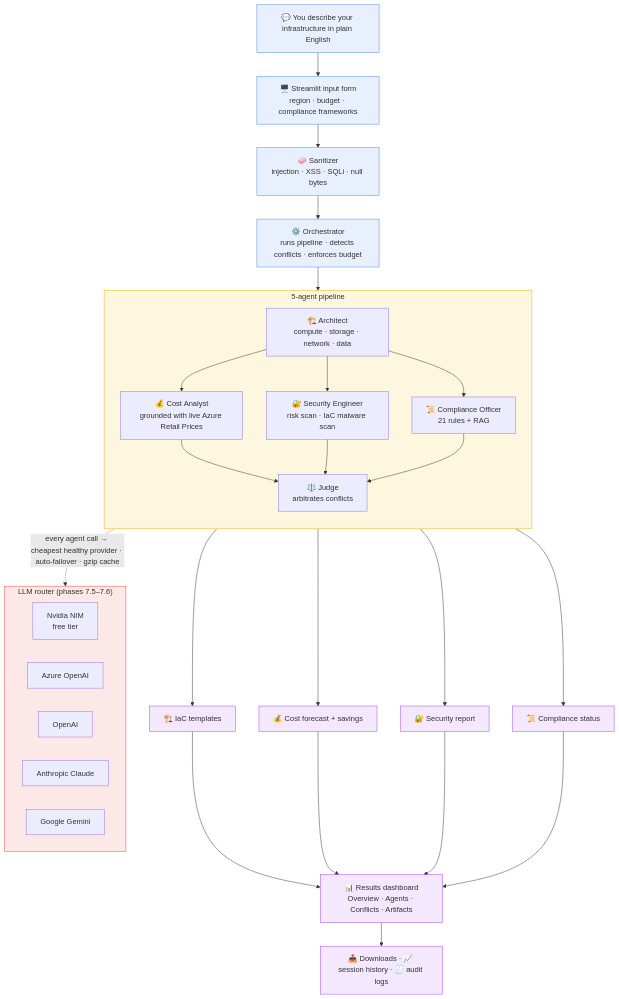
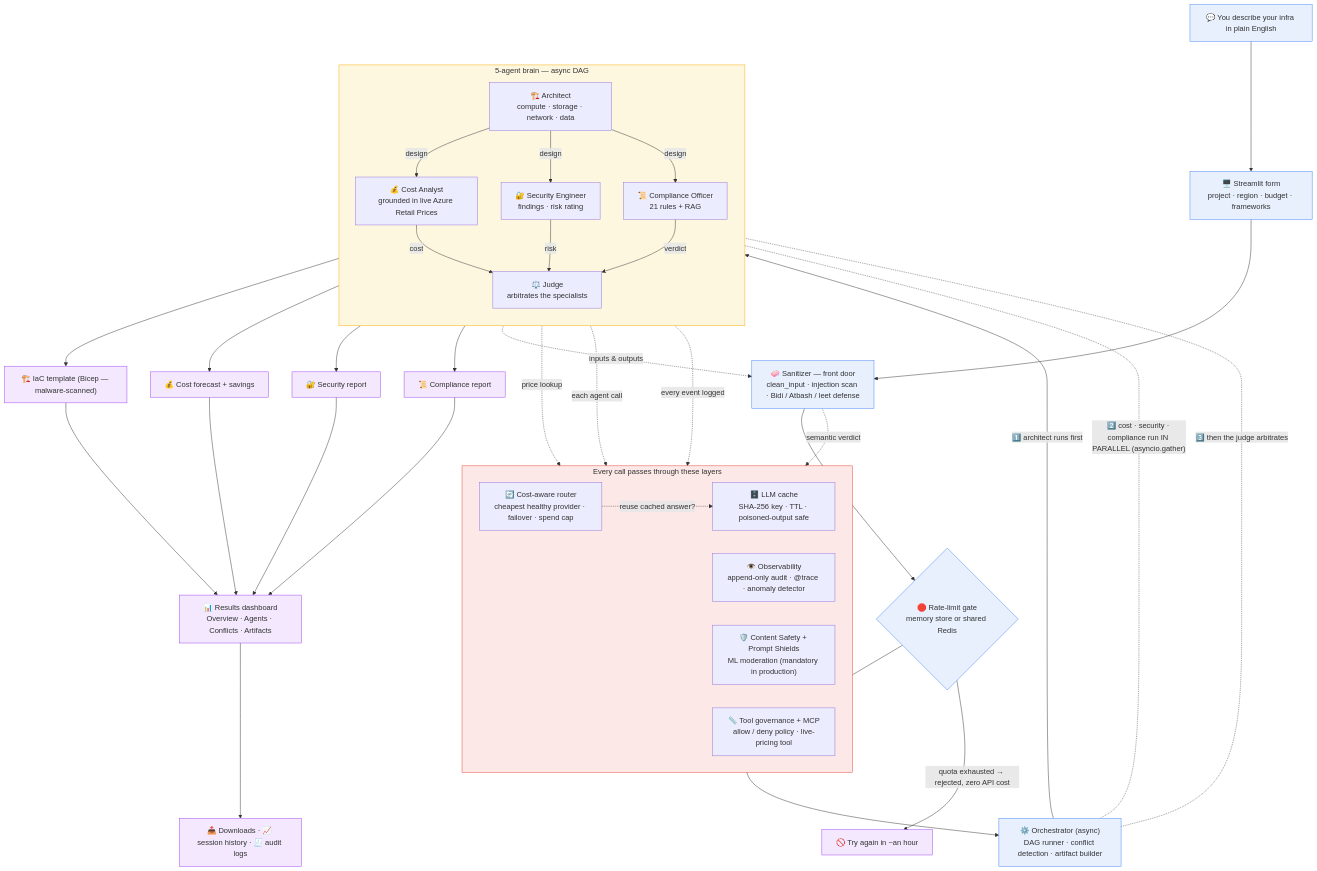
The diagram in README.md (G-Narendra/Microsoft_CloudOptima), drawn with Mermaid before and after one commit. The commit also changed other lines of this file and 37 other files, not shown here.

Commit message:
re-reviewed and upgraded: async pipeline, Redis rate-limit store, AppContext DI, upgraded README + mermaid diagram, gitignore cleanup

````diff
--- a/README.md
+++ b/README.md
@@ -95,55 +148,63 @@
 ```mermaid
 flowchart TD
-    U["💬 You describe your infrastructure in plain English"]
-    F["🖥️ Streamlit input form<br/>region · budget · compliance frameworks"]
-    S["🧼 Sanitizer<br/>injection · XSS · SQLi · null bytes"]
-    O["⚙️ Orchestrator<br/>runs pipeline · detects conflicts · enforces budget"]
+    U["💬 You describe your infra in plain English"]
+    F["🖥️ Streamlit form<br/>project · region · budget · frameworks"]
+    S["🧼 Sanitizer — front door<br/>clean_input · injection scan · Bidi / Atbash / leet defense"]
+    RL{"🛑 Rate-limit gate<br/>memory store or shared Redis"}
+    O["⚙️ Orchestrator (async)<br/>DAG runner · conflict detection · artifact builder"]
 
-    U --> F --> S --> O
+    U --> F --> S --> RL --> O
+    RL -- "quota exhausted → rejected, zero API cost" --> X["🚫 Try again in ~an hour"]
 
-    subgraph PIPELINE["5-agent pipeline"]
+    subgraph PIPELINE["5-agent brain — async DAG"]
         direction TB
         A["🏗️ Architect<br/>compute · storage · network · data"]
-        C["💰 Cost Analyst<br/>grounded with live Azure Retail Prices"]
-        SE["🔐 Security Engineer<br/>risk scan · IaC malware scan"]
+        C["💰 Cost Analyst<br/>grounded in live Azure Retail Prices"]
+        SE["🔐 Security Engineer<br/>findings · risk rating"]
         CO["📜 Compliance Officer<br/>21 rules + RAG"]
-        J["⚖️ Judge<br/>arbitrates conflicts"]
+        J["⚖️ Judge<br/>arbitrates the specialists"]
 
-        A --> C
-        A --> SE
-        A --> CO
-        C --> J
-        SE --> J
-        CO --> J
+        A -- "design" --> C
+        A -- "design" --> SE
+        A -- "design" --> CO
+        C -- "cost" --> J
+        SE -- "risk" --> J
+        CO -- "verdict" --> J
     end
 
-    O --> A
+    O -- "1️⃣ architect runs first" --> A
+    O -. "2️⃣ cost · security · compliance run IN PARALLEL (asyncio.gather)" .- C
+    O -. "3️⃣ then the judge arbitrates" .- J
 
-    subgraph ROUTER["LLM router (phases 7.5–7.6)"]
+    subgraph SIDE["Every call passes through these layers"]
         direction LR
-        R1["Nvidia NIM<br/>free tier"]
-        R2["Azure OpenAI"]
-        R3["OpenAI"]
-        R4["Anthropic Claude"]
-        R5["Google Gemini"]
+        RT["🔄 Cost-aware router<br/>cheapest healthy provider · failover · spend cap"]
+        CA["🗄️ LLM cache<br/>SHA-256 key · TTL · poisoned-output safe"]
+        OB["👁️ Observability<br/>append-only audit · @trace · anomaly detector"]
+        ML["🛡️ Content Safety + Prompt Shields<br/>ML moderation (mandatory in production)"]
+        GOV["📏 Tool governance + MCP<br/>allow / deny policy · live-pricing tool"]
     end
 
-    PIPELINE -. "every agent call → cheapest healthy provider · auto-failover · gzip cache" .-> ROUTER
+    PIPELINE -. "each agent call" .-> RT
+    RT -. "reuse cached answer?" .-> CA
+    PIPELINE -. "inputs & outputs" .-> S
+    PIPELINE -. "every event logged" .-> OB
+    S -. "semantic verdict" .-> ML
+    C -. "price lookup" .-> GOV
 
-    J --> T1["🏗️ IaC templates"]
+    J --> T1["🏗️ IaC template (Bicep — malware-scanned)"]
     J --> T2["💰 Cost forecast + savings"]
     J --> T3["🔐 Security report"]
-    J --> T4["📜 Compliance status"]
-
+    J --> T4["📜 Compliance report"]
     T1 & T2 & T3 & T4 --> D["📊 Results dashboard<br/>Overview · Agents · Conflicts · Artifacts"]
     D --> E["📥 Downloads · 📈 session history · 🧾 audit logs"]
 
     classDef input fill:#e8f0fe,stroke:#4285f4,stroke-width:1px;
     classDef agents fill:#fef7e0,stroke:#f9ab00,stroke-width:1px;
-    classDef router fill:#fce8e6,stroke:#ea4335,stroke-width:1px;
+    classDef side fill:#fce8e6,stroke:#ea4335,stroke-width:1px;
     classDef out fill:#f3e8fd,stroke:#a142f4,stroke-width:1px;
-    class U,F,S,O input;
+    class U,F,S,RL,O input;
     class PIPELINE agents;
-    class ROUTER router;
-    class T1,T2,T3,T4,D,E out;
+    class SIDE side;
+    class T1,T2,T3,T4,D,E,X out;
 ```
````
